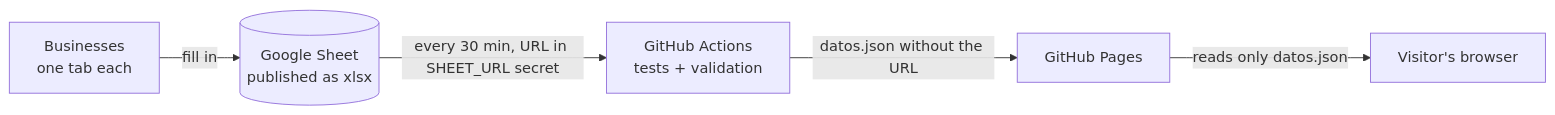
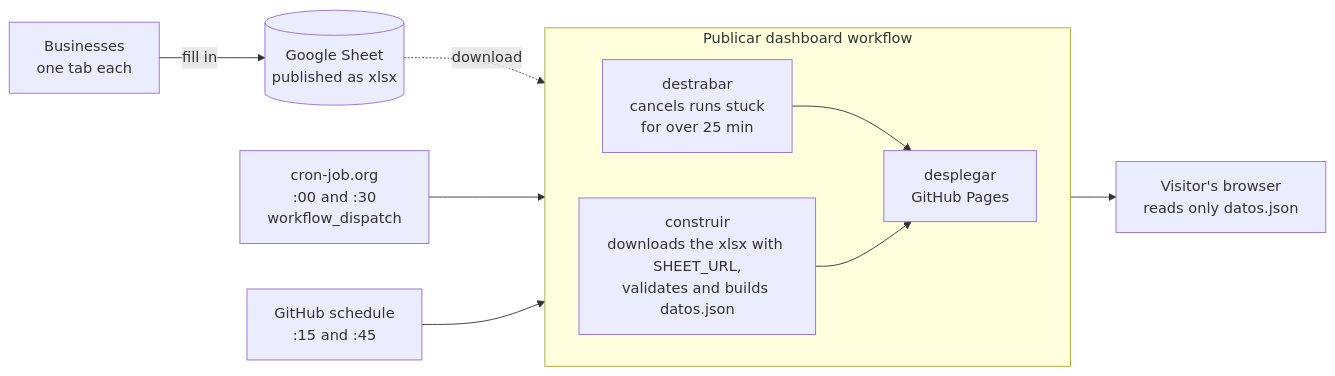
The diagram in README.en.md (Alexis-VsCode/turismo-patate), drawn with Mermaid before and after one commit. The commit also changed other lines of this file and 33 other files, not shown here.

````diff
--- a/README.en.md
+++ b/README.en.md
@@ -71,7 +82,16 @@
 ```mermaid
 flowchart LR
     A[Businesses<br/>one tab each] -->|fill in| B[(Google Sheet<br/>published as xlsx)]
-    B -->|every 30 min, URL in SHEET_URL secret| C[GitHub Actions<br/>tests + validation]
-    C -->|datos.json without the URL| D[GitHub Pages]
-    D -->|reads only datos.json| E[Visitor's browser]
+    CJ[cron-job.org<br/>:00 and :30<br/>workflow_dispatch] --> F
+    GS[GitHub schedule<br/>:15 and :45] --> F
+    subgraph F[Publicar dashboard workflow]
+        direction LR
+        X[destrabar<br/>cancels runs stuck<br/>for over 25 min]
+        C[construir<br/>downloads the xlsx with SHEET_URL,<br/>validates and builds datos.json]
+        D[desplegar<br/>GitHub Pages]
+        X --> D
+        C --> D
+    end
+    B -.->|download| C
+    D --> E[Visitor's browser<br/>reads only datos.json]
 ```
````
